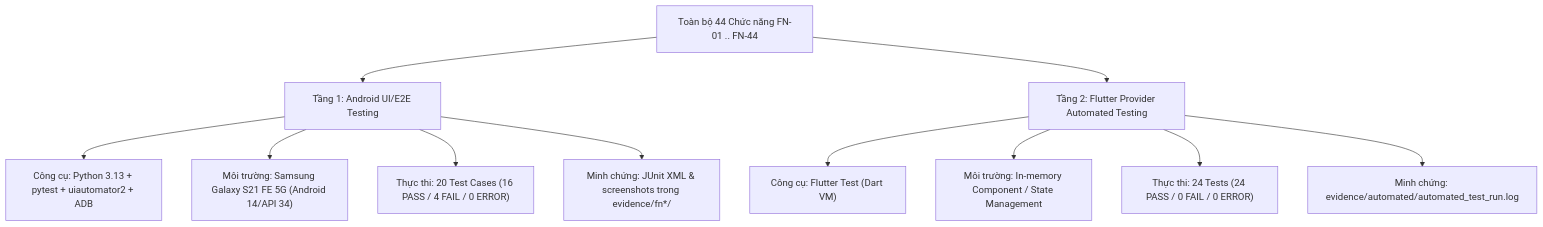
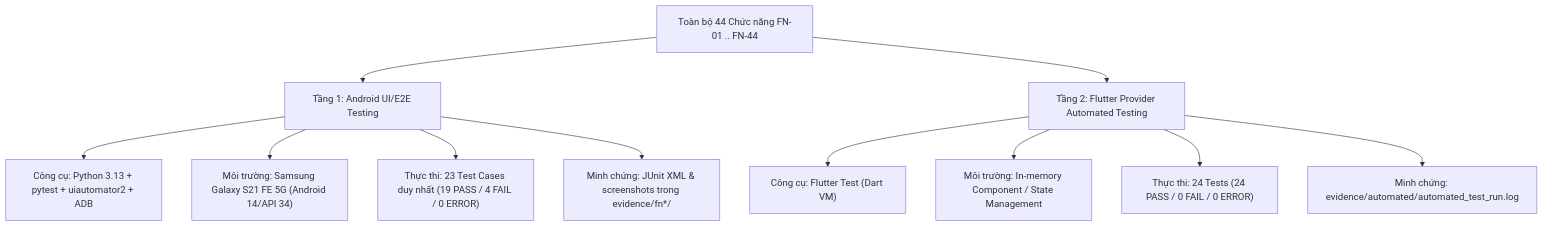
One commit to ttthu-huong/Smart-Note-App-QA changed the diagram in docs/qa/automation_execution_summary.md. Above: the diagram before and after it, drawn with Mermaid. The commit also changed other lines of this file and 17 other files, not shown here.

````diff
--- a/docs/qa/automation_execution_summary.md
+++ b/docs/qa/automation_execution_summary.md
@@ -15,15 +15,15 @@
 ```mermaid
 graph TD
     A[Toàn bộ 44 Chức năng FN-01 .. FN-44] --> B[Tầng 1: Android UI/E2E Testing]
     A --> C[Tầng 2: Flutter Provider Automated Testing]
 
     B --> B1["Công cụ: Python 3.13 + pytest + uiautomator2 + ADB"]
     B --> B2["Môi trường: Samsung Galaxy S21 FE 5G (Android 14/API 34)"]
-    B --> B3["Thực thi: 20 Test Cases (16 PASS / 4 FAIL / 0 ERROR)"]
+    B --> B3["Thực thi: 23 Test Cases duy nhất (19 PASS / 4 FAIL / 0 ERROR)"]
     B --> B4["Minh chứng: JUnit XML & screenshots trong evidence/fn*/"]
 
     C --> C1["Công cụ: Flutter Test (Dart VM)"]
     C --> C2["Môi trường: In-memory Component / State Management"]
     C --> C3["Thực thi: 24 Tests (24 PASS / 0 FAIL / 0 ERROR)"]
     C --> C4["Minh chứng: evidence/automated/automated_test_run.log"]
 ```
````
